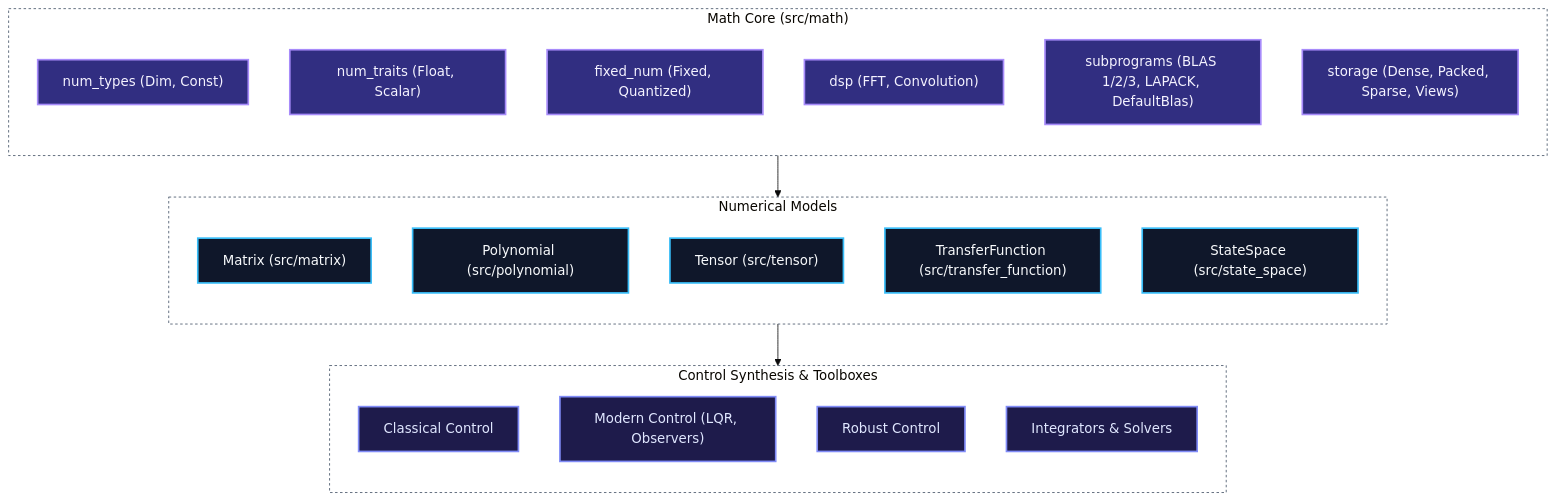
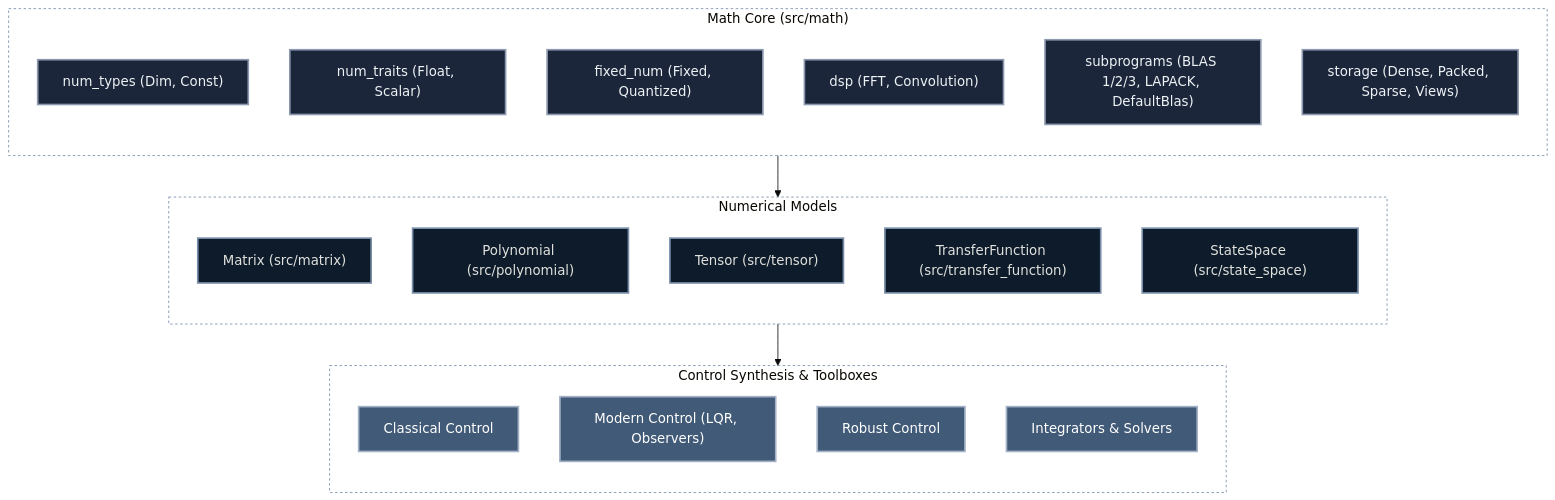
One commit to Dyse-Industries/control-rs changed the diagram in README.md. Above: the diagram before and after it, drawn with Mermaid (base theme).

Commit message:
Update styling definitions in README.md

````diff
--- a/README.md
+++ b/README.md
@@ -25,42 +25,42 @@
 ```mermaid
 ---
 config:
   layout: dagre
 ---
 flowchart TB
     subgraph Math["Math Core (src/math)"]
         direction TB
         NumTypes["num_types (Dim, Const)"]:::external
         NumTraits["num_traits (Float, Scalar)"]:::external
         FixedNum["fixed_num (Fixed, Quantized)"]:::external
         DspCore["dsp (FFT, Convolution)"]:::external
         Subprograms["subprograms (BLAS 1/2/3, LAPACK, DefaultBlas)"]:::external
         Storage["storage (Dense, Packed, Sparse, Views)"]:::external
     end
 
     subgraph Models["Numerical Models"]
         direction TB
         Matrix["Matrix (src/matrix)"]:::core
         Polynomial["Polynomial (src/polynomial)"]:::core
         Tensor["Tensor (src/tensor)"]:::core
         TransferFunction["TransferFunction (src/transfer_function)"]:::core
         StateSpace["StateSpace (src/state_space)"]:::core
     end
 
     subgraph Tools["Control Synthesis & Toolboxes"]
         direction TB
         Classical["Classical Control"]:::tools
         Modern["Modern Control (LQR, Observers)"]:::tools
         Robust["Robust Control"]:::tools
         Integrators["Integrators & Solvers"]:::tools
     end
 
     Math --> Models
     Models --> Tools
-    classDef core fill: #0f172a, stroke: #38bdf8, stroke-width: 2px, color: #f8fafc
-    classDef external fill: #312e81, stroke: #a78bfa, stroke-width: 2px, color: #f5f3ff
-    classDef tools fill: #1e1b4b, stroke: #818cf8, stroke-width: 2px, color: #e0e7ff
-    style Models fill: transparent, stroke: #475569, stroke-width: 1px, stroke-dasharray: 3 3
-    style Math fill: transparent, stroke: #475569, stroke-width: 1px, stroke-dasharray: 3 3
-    style Tools fill: transparent, stroke: #475569, stroke-width: 1px, stroke-dasharray: 3 3
+    classDef core fill: #0d1b2a, stroke: #778da9, stroke-width: 2px, color: #e0e1dd
+    classDef external fill: #1b263b, stroke: #8d99ae, stroke-width: 2px, color: #edf2f4
+    classDef tools fill: #415a77, stroke: #a3b1c6, stroke-width: 2px, color: #ffffff
+    style Models fill: transparent, stroke: #778da9, stroke-width: 1px, stroke-dasharray: 3 3
+    style Math fill: transparent, stroke: #778da9, stroke-width: 1px, stroke-dasharray: 3 3
+    style Tools fill: transparent, stroke: #778da9, stroke-width: 1px, stroke-dasharray: 3 3
 ```
````
